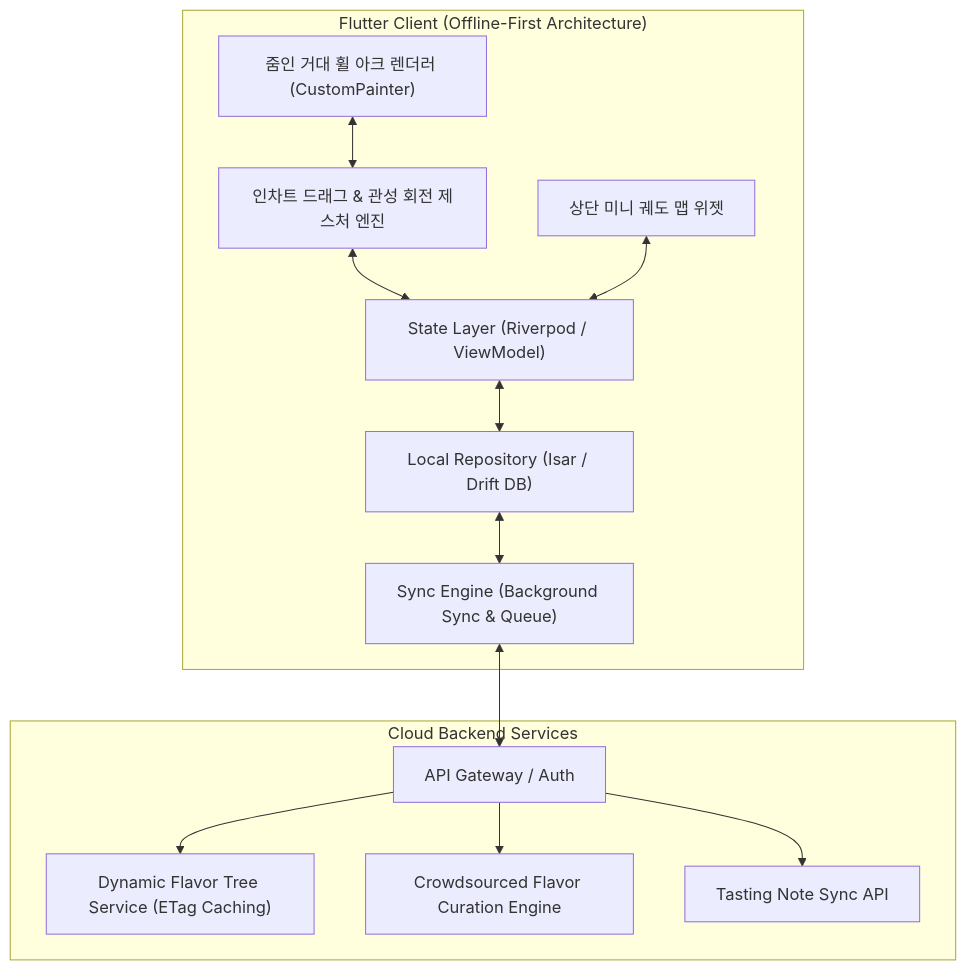
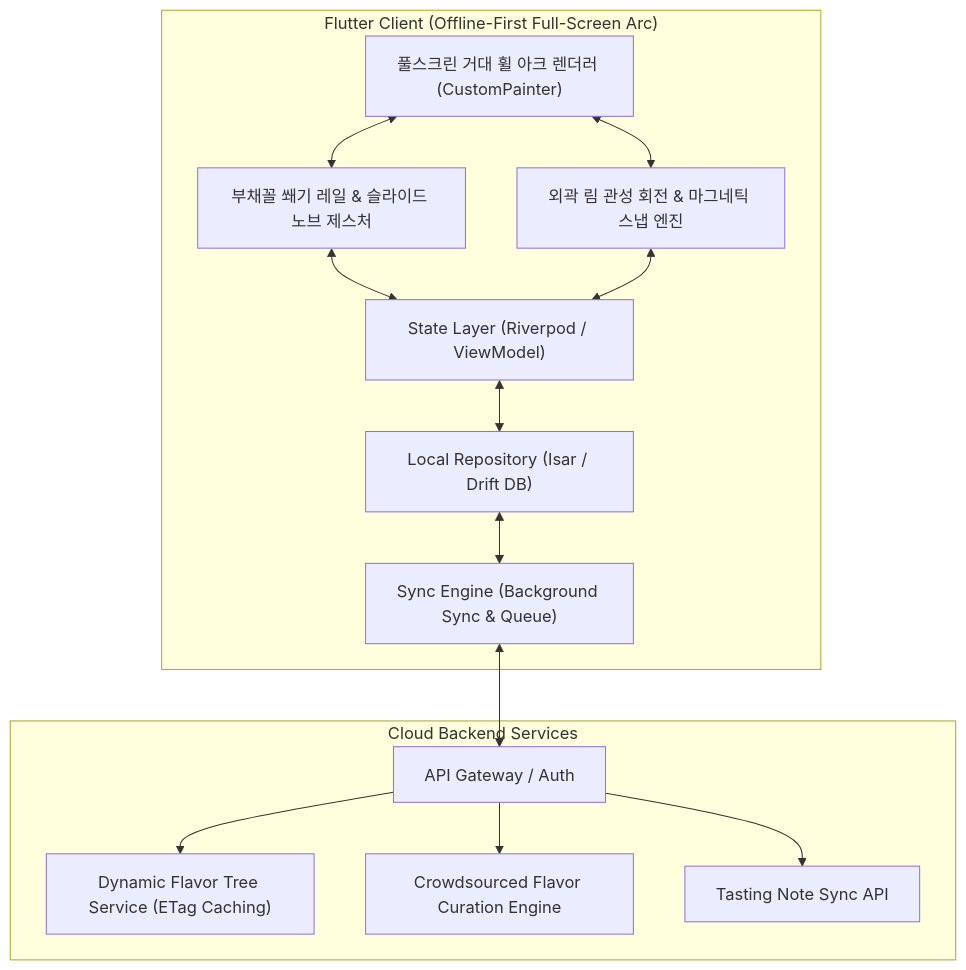
Before and after one commit to chanhooop/FlavorWheel: the first of 2 diagrams in README.md, drawn with Mermaid. The commit also changed other lines of this file and 1 other file, not shown here.

Commit message:
feat: 풀스크린 거대 휠 아크 뷰 및 부채꼴 쐐기 레일 100% 인차트 조작 UX 전면 개편

````diff
--- a/README.md
+++ b/README.md
@@ -104,30 +102,31 @@
 ```mermaid
 graph TB
-    subgraph Client ["Flutter Client (Offline-First Architecture)"]
-        ZoomedCanvas["줌인 거대 휠 아크 렌더러 (CustomPainter)"]
-        GestureEngine["인차트 드래그 & 관성 회전 제스처 엔진"]
-        MiniOrbit["상단 미니 궤도 맵 위젯"]
+    subgraph Client ["Flutter Client (Offline-First Full-Screen Arc)"]
+        FullScreenCanvas["풀스크린 거대 휠 아크 렌더러 (CustomPainter)"]
+        WedgeRailEngine["부채꼴 쐐기 레일 & 슬라이드 노브 제스처"]
+        WheelSpinEngine["외곽 림 관성 회전 & 마그네틱 스냅 엔진"]
 
         State["State Layer (Riverpod / ViewModel)"]
         SyncEngine["Sync Engine (Background Sync & Queue)"]
         LocalRepository["Local Repository (Isar / Drift DB)"]
 
-        ZoomedCanvas <--> GestureEngine
-        GestureEngine <--> State
-        MiniOrbit <--> State
+        FullScreenCanvas <--> WedgeRailEngine
+        FullScreenCanvas <--> WheelSpinEngine
+        WedgeRailEngine <--> State
+        WheelSpinEngine <--> State
         State <--> LocalRepository
         LocalRepository <--> SyncEngine
     end
 
     subgraph RemoteBackend ["Cloud Backend Services"]
         Gateway["API Gateway / Auth"]
         TreeService["Dynamic Flavor Tree Service (ETag Caching)"]
         CurationService["Crowdsourced Flavor Curation Engine"]
         NoteService["Tasting Note Sync API"]
     end
 
     SyncEngine <--> Gateway
     Gateway --> TreeService
     Gateway --> CurationService
     Gateway --> NoteService
 ```
````
